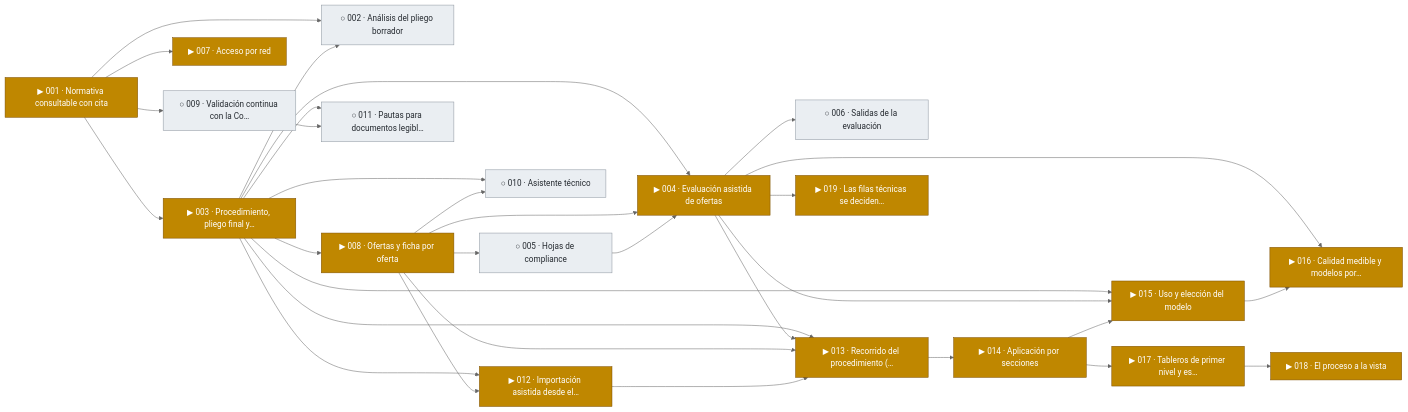
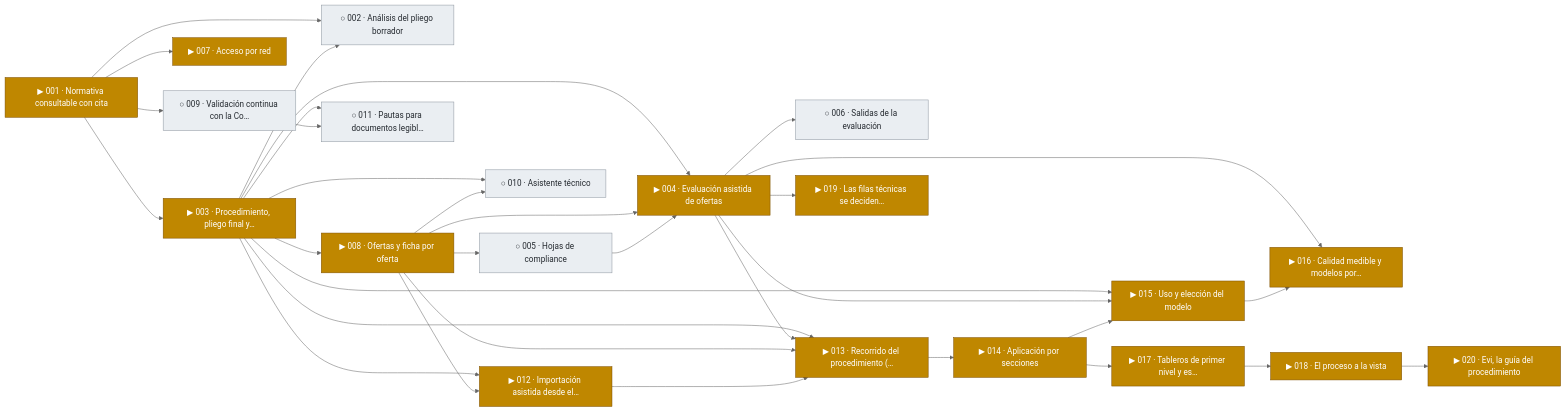
Before and after one commit to snavello/EVALUON: the first of 28 diagrams in docs/tablero.md, drawn with Mermaid (neutral theme). The commit also changed other lines of this file and 3 other files, not shown here.

Commit message:
gestión: spec 020 en borrador (Evi, la guía del procedimiento) con su prototipo; hoja de ruta y tablero

````diff
--- a/docs/tablero.md
+++ b/docs/tablero.md
@@ -9,57 +9,59 @@
 ```mermaid
 flowchart LR
   F001["▶ 001 · Normativa consultable con cita"]:::active
   F002["○ 002 · Análisis del pliego borrador"]:::todo
   F003["▶ 003 · Procedimiento, pliego final y…"]:::active
   F004["▶ 004 · Evaluación asistida de ofertas"]:::active
   F005["○ 005 · Hojas de compliance"]:::todo
   F006["○ 006 · Salidas de la evaluación"]:::todo
   F007["▶ 007 · Acceso por red"]:::active
   F008["▶ 008 · Ofertas y ficha por oferta"]:::active
   F009["○ 009 · Validación continua con la Co…"]:::todo
   F010["○ 010 · Asistente técnico"]:::todo
   F011["○ 011 · Pautas para documentos legibl…"]:::todo
   F012["▶ 012 · Importación asistida desde el…"]:::active
   F013["▶ 013 · Recorrido del procedimiento (…"]:::active
   F014["▶ 014 · Aplicación por secciones"]:::active
   F015["▶ 015 · Uso y elección del modelo"]:::active
   F016["▶ 016 · Calidad medible y modelos por…"]:::active
   F017["▶ 017 · Tableros de primer nivel y es…"]:::active
   F018["▶ 018 · El proceso a la vista"]:::active
   F019["▶ 019 · Las filas técnicas se deciden…"]:::active
+  F020["▶ 020 · Evi, la guía del procedimiento"]:::active
   F001 --> F002
   F003 --> F002
   F001 --> F003
   F003 --> F004
   F008 --> F004
   F005 --> F004
   F008 --> F005
   F004 --> F006
   F001 --> F007
   F003 --> F008
   F001 --> F009
   F003 --> F010
   F008 --> F010
   F003 --> F011
   F009 --> F011
   F003 --> F012
   F008 --> F012
   F003 --> F013
   F004 --> F013
   F008 --> F013
   F012 --> F013
   F013 --> F014
   F003 --> F015
   F004 --> F015
   F014 --> F015
   F004 --> F016
   F015 --> F016
   F014 --> F017
   F017 --> F018
   F004 --> F019
+  F018 --> F020
   classDef done fill:#1a7f37,stroke:#116329,color:#ffffff
   classDef review fill:#0969da,stroke:#0550ae,color:#ffffff
   classDef active fill:#bf8700,stroke:#7d4e00,color:#ffffff
   classDef blocked fill:#cf222e,stroke:#a40e26,color:#ffffff
   classDef todo fill:#eaeef2,stroke:#8c959f,color:#24292f
 ```
````
